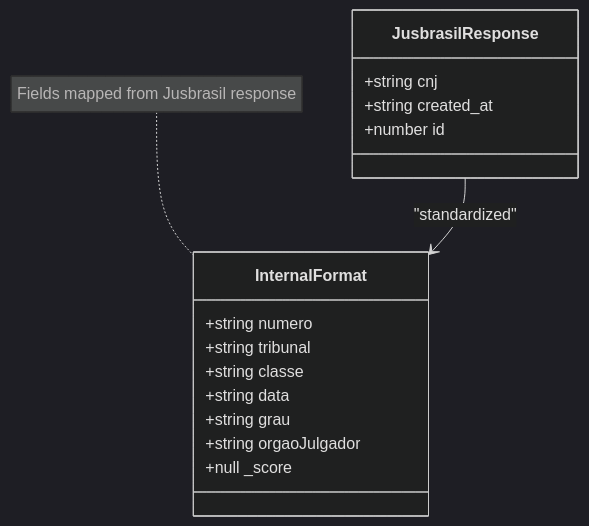
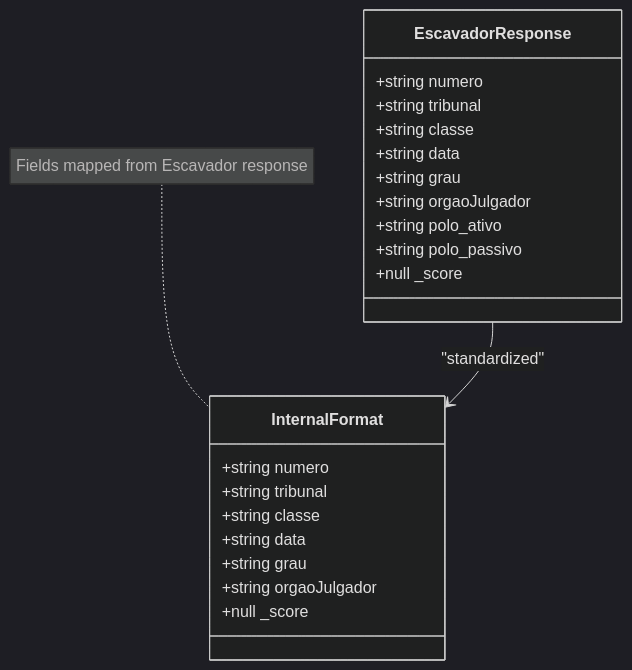
Before and after one commit to Alexandrexicara/bot-processos: diagram 12 of 19 in .qoder/repowiki/en/content/API Integration Layer/Premium Paid Service Integration.md, drawn with Mermaid (dark theme). The commit also changed other lines of this file and 6 other files, not shown here.

````diff
--- a/.qoder/repowiki/en/content/API Integration Layer/Premium Paid Service Integration.md
+++ b/.qoder/repowiki/en/content/API Integration Layer/Premium Paid Service Integration.md
@@ -544,19 +440,25 @@
 ```mermaid
 classDiagram
-class JusbrasilResponse {
-+string cnj
-+string created_at
-+number id
+class EscavadorResponse {
++string numero
++string tribunal
++string classe
++string data
++string grau
++string orgaoJulgador
++string polo_ativo
++string polo_passivo
++null _score
 }
 class InternalFormat {
 +string numero
 +string tribunal
 +string classe
 +string data
 +string grau
 +string orgaoJulgador
 +null _score
 }
-JusbrasilResponse --> InternalFormat : "standardized"
-note for InternalFormat "Fields mapped from Jusbrasil response"
+EscavadorResponse --> InternalFormat : "standardized"
+note for InternalFormat "Fields mapped from Escavador response"
 ```
````
